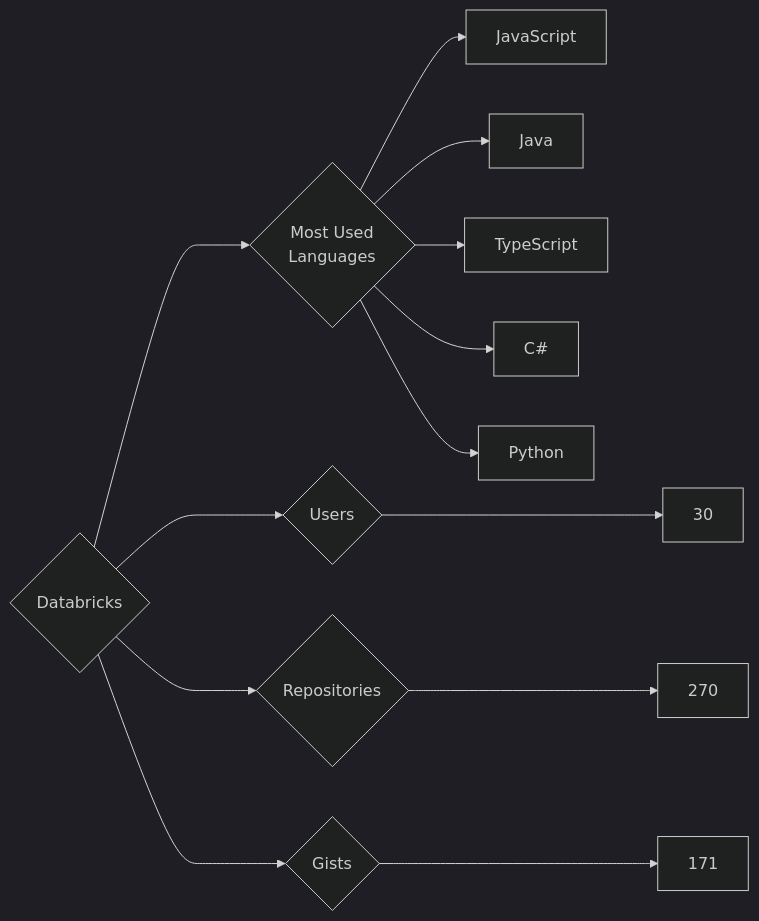
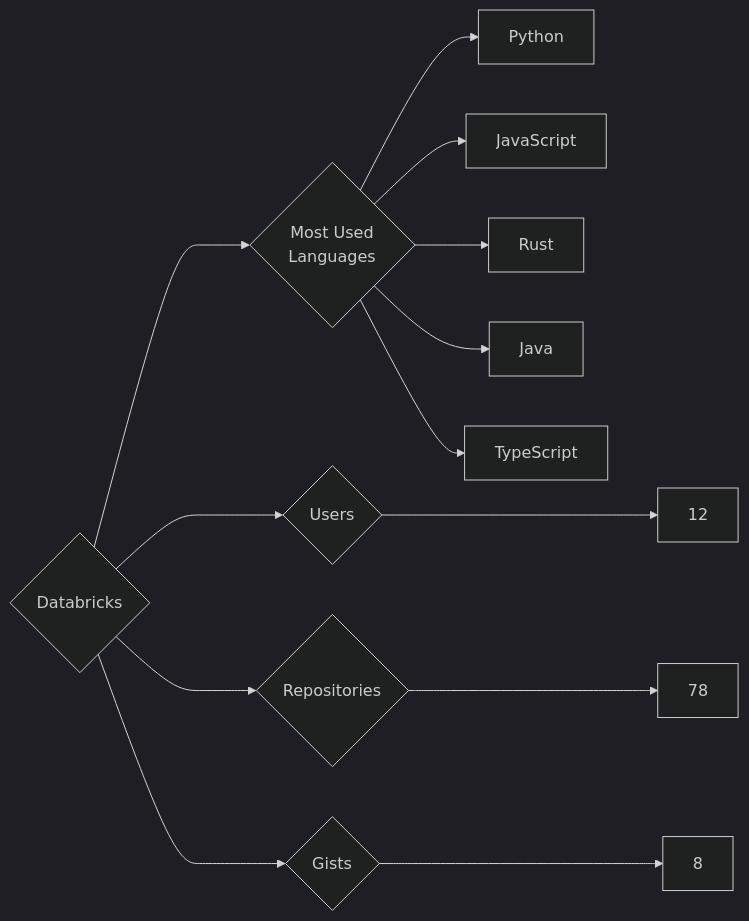
Before and after one commit to trickest/insiders: the diagram in targets/Databricks/README.md, drawn with Mermaid (dark theme). The commit also changed 934 other files, not shown here.

````diff
--- a/targets/Databricks/README.md
+++ b/targets/Databricks/README.md
@@ -3,13 +3,13 @@
 ```mermaid
 graph LR
 COMPANY_NAME{Databricks}
-COMPANY_NAME ---> U{Users} ---> UN[30]
-COMPANY_NAME ---> R{Repositories} ---> RN[270]
-COMPANY_NAME ---> G{Gists} ---> GN[171]
+COMPANY_NAME ---> U{Users} ---> UN[12]
+COMPANY_NAME ---> R{Repositories} ---> RN[78]
+COMPANY_NAME ---> G{Gists} ---> GN[8]
 COMPANY_NAME ---> ML{Most Used<br>Languages}
+ML --> Python[Python]
 ML --> JavaScript[JavaScript]
+ML --> Rust[Rust]
 ML --> Java[Java]
 ML --> TypeScript[TypeScript]
-ML --> C#[C#]
-ML --> Python[Python]
 ```
````
